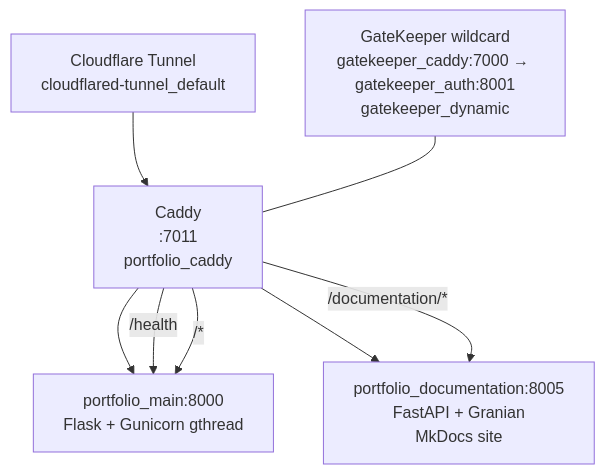
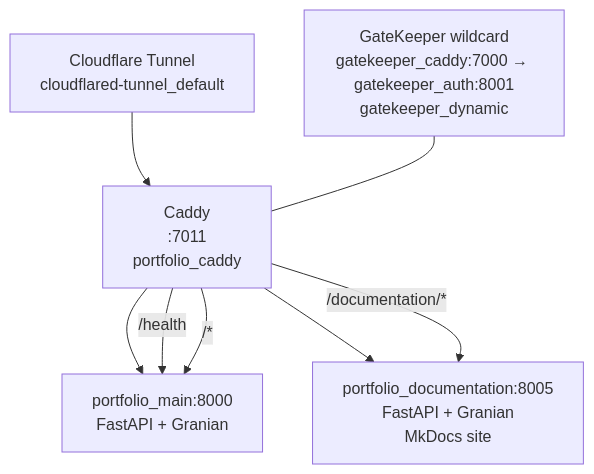
One commit to NovaProtocol/Portfolio changed the diagram in documentation/docs/index.md. Above: the diagram before and after it, drawn with Mermaid. The commit also changed other lines of this file and 33 other files, not shown here.

Commit message:
refactor(portfolio): migrate to FastAPI+granian and standardize errors

````diff
--- a/documentation/docs/index.md
+++ b/documentation/docs/index.md
@@ -22,10 +22,10 @@
 ```mermaid
 graph TB
     TUN["Cloudflare Tunnel<br/>cloudflared-tunnel_default"] --> CADDY
     GK["GateKeeper wildcard<br/>gatekeeper_caddy:7000 → gatekeeper_auth:8001<br/>gatekeeper_dynamic"] --- CADDY
-    CADDY["Caddy<br/>:7011<br/>portfolio_caddy"] --> APP["portfolio_main:8000<br/>Flask + Gunicorn gthread"]
+    CADDY["Caddy<br/>:7011<br/>portfolio_caddy"] --> APP["portfolio_main:8000<br/>FastAPI + Granian"]
     CADDY --> DOCS["portfolio_documentation:8005<br/>FastAPI + Granian<br/>MkDocs site"]
     CADDY -->|"/health"| APP
     CADDY -->|"/documentation/*"| DOCS
     CADDY -->|"/*"| APP
 ```
````
